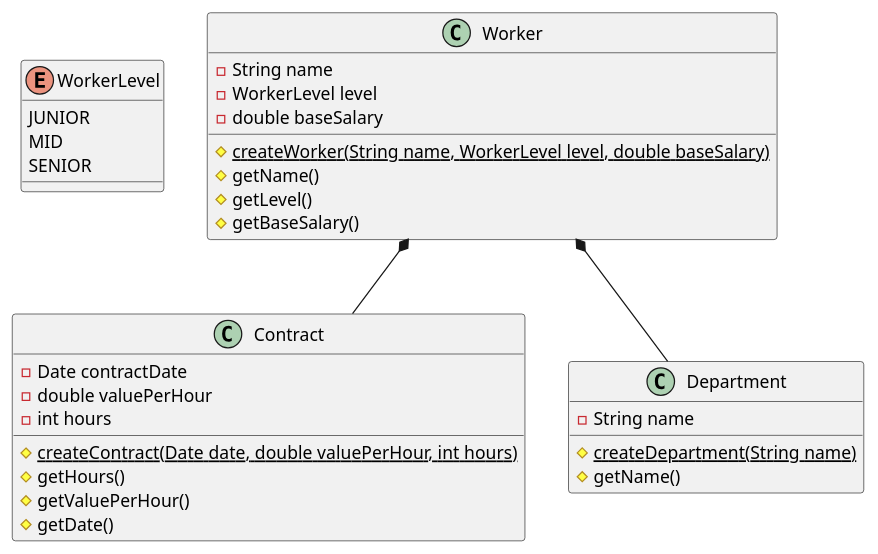
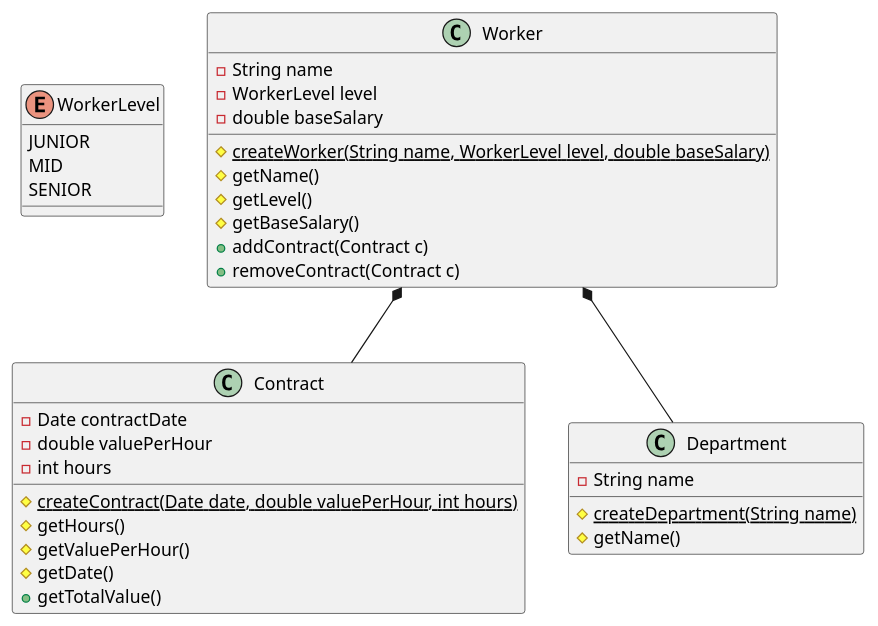
Before and after one commit to abelsouzacosta/Composition-Example-Java: the diagram in docs/class.plantuml, drawn with PlantUML.

Commit message:
[docs]: adding new methods to class uml

```diff
--- a/docs/class.plantuml
+++ b/docs/class.plantuml
@@ -1,37 +1,40 @@
 @startuml
 
 enum WorkerLevel {
     JUNIOR
     MID
     SENIOR
 }
 
 class Worker {
     - String name
     - WorkerLevel level
     - double baseSalary
     # {static} createWorker(String name, WorkerLevel level, double baseSalary)
     # getName()
     # getLevel()
     # getBaseSalary()
+    + addContract(Contract c)
+    + removeContract(Contract c)
 }
 
 class Contract {
     - Date contractDate
     - double valuePerHour
     - int hours
     # {static} createContract(Date date, double valuePerHour, int hours)
     # getHours()
     # getValuePerHour()
     # getDate()
+    + getTotalValue()
 }
 
 class Department {
     - String name
     # {static} createDepartment(String name)
     # getName()
 }
 
 Worker *-- Department
 Worker *-- Contract
 @enduml
```
